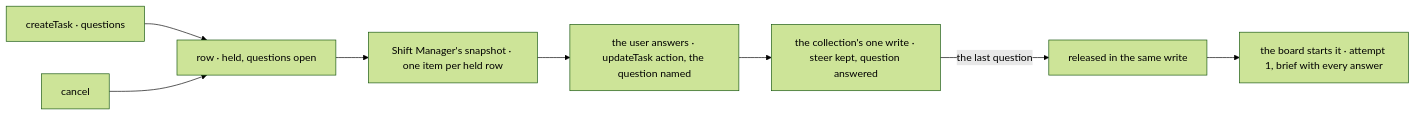
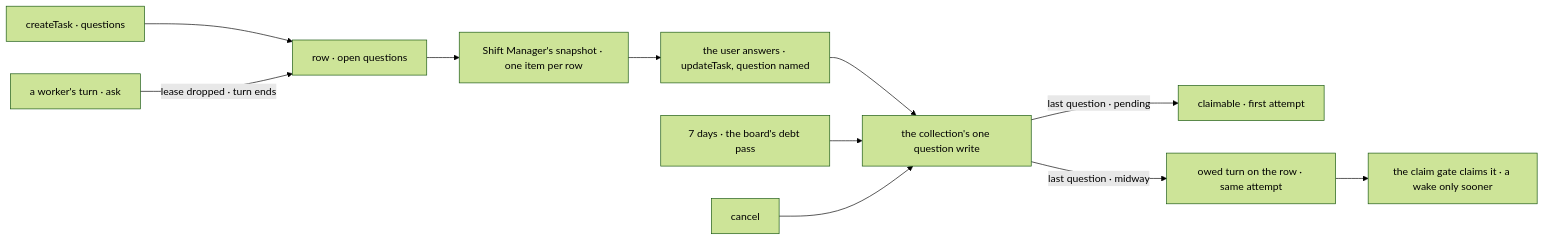
One commit to fixpoint-labs/flow-state-dev changed the second of 2 diagrams in specs/issues/FIX-2133/SPEC.md. Above: the diagram before and after it, drawn with Mermaid (forest theme). The commit also changed other lines of this file and 5 other files, not shown here.

First line of the commit message:
spec(FIX-2133): re-spec to own the one hold, before the start and midway

````diff
--- a/specs/issues/FIX-2133/SPEC.md
+++ b/specs/issues/FIX-2133/SPEC.md
@@ -95,10 +96,13 @@
 ```mermaid
 flowchart LR
-  F["createTask · questions"] --> R["row · held, questions open"]
-  R --> S["Shift Manager's snapshot · one item per held row"]
-  S --> U["the user answers · updateTask action, the question named"]
-  U --> W["the collection's one write · steer kept, question answered"]
-  W -->|"the last question"| L["released in the same write"]
-  L --> D["the board starts it · attempt 1, brief with every answer"]
-  K["cancel"] --> R
+  F["createTask · questions"] --> R["row · open questions"]
+  K2["a worker's turn · ask"] -->|"lease dropped · turn ends"| R
+  R --> S["Shift Manager's snapshot · one item per row"]
+  S --> U["the user answers · updateTask, question named"]
+  U --> W["the collection's one question write"]
+  T["7 days · the board's debt pass"] --> W
+  W -->|"last question · pending"| L["claimable · first attempt"]
+  W -->|"last question · midway"| O["owed turn on the row · same attempt"]
+  O --> G["the claim gate claims it · a wake only sooner"]
+  K["cancel"] --> W
 ```
````
